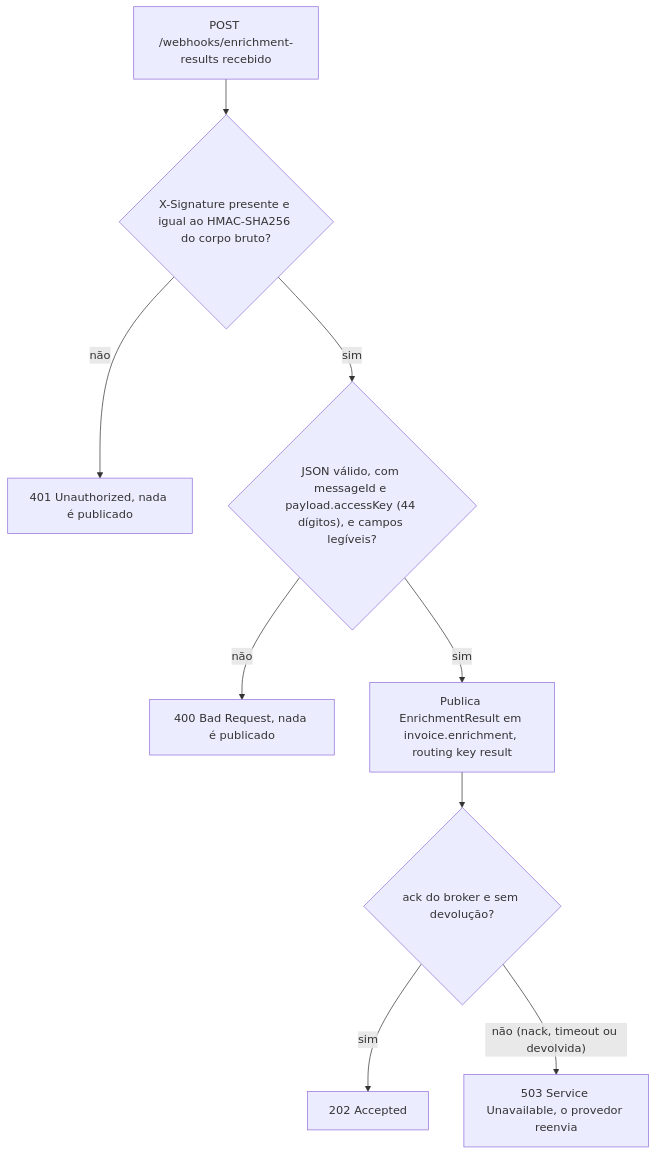
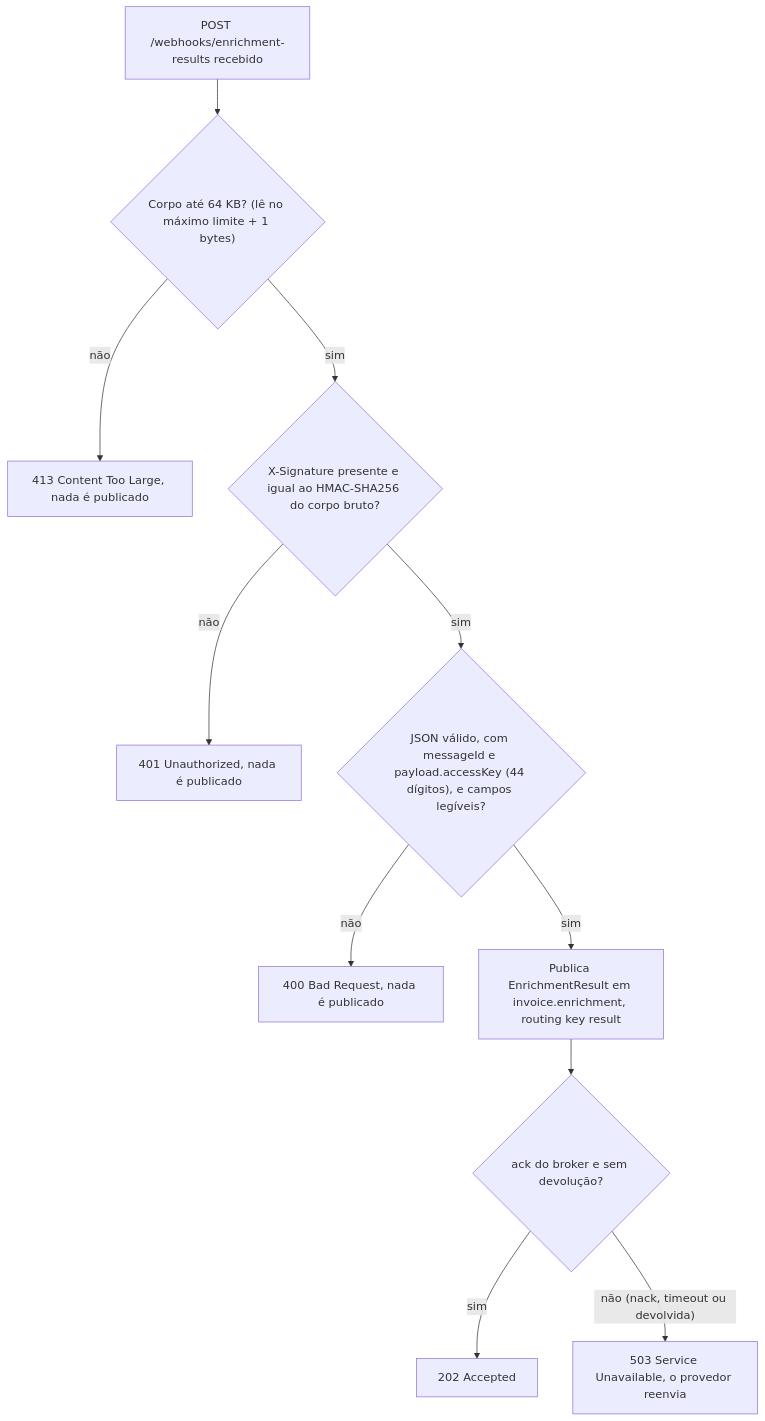
Before and after one commit to Matheus-Bezerra/invoice-processing-pipeline: the fifth of 9 diagrams in docs/flow.md, drawn with Mermaid. The commit also changed other lines of this file and 4 other files, not shown here.

````diff
--- a/docs/flow.md
+++ b/docs/flow.md
@@ -177,11 +177,13 @@
 ```mermaid
 flowchart TD
-    A["POST /webhooks/enrichment-results recebido"] --> B{"X-Signature presente e igual ao HMAC-SHA256 do corpo bruto?"}
+    A["POST /webhooks/enrichment-results recebido"] --> S{"Corpo até 64 KB? (lê no máximo limite + 1 bytes)"}
+    S -- "não" --> R413["413 Content Too Large, nada é publicado"]
+    S -- "sim" --> B{"X-Signature presente e igual ao HMAC-SHA256 do corpo bruto?"}
     B -- "não" --> R401["401 Unauthorized, nada é publicado"]
     B -- "sim" --> C{"JSON válido, com messageId e payload.accessKey (44 dígitos), e campos legíveis?"}
     C -- "não" --> R400["400 Bad Request, nada é publicado"]
     C -- "sim" --> D["Publica EnrichmentResult em invoice.enrichment, routing key result"]
     D --> E{"ack do broker e sem devolução?"}
     E -- "sim" --> R202["202 Accepted"]
     E -- "não (nack, timeout ou devolvida)" --> R503["503 Service Unavailable, o provedor reenvia"]
 ```
````
